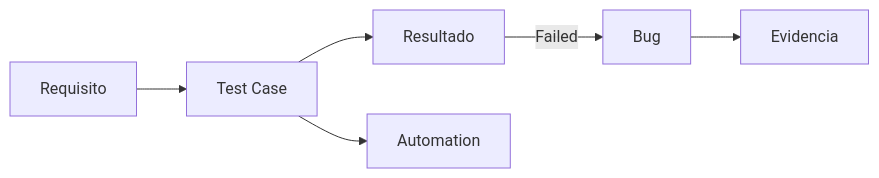
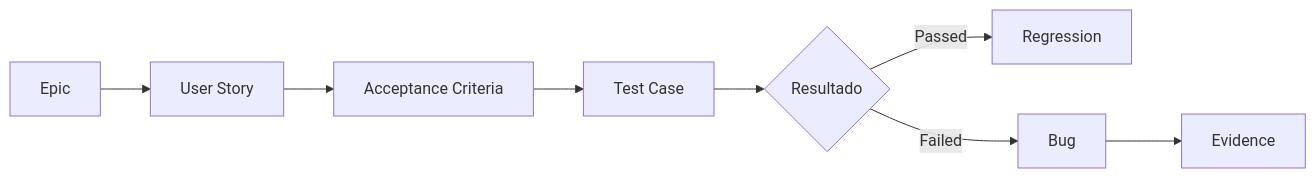
Before and after one commit to MichaelR21z/shady-meadows-bnb-automation: the fourth of 4 diagrams in README.md, drawn with Mermaid. The commit also changed other lines of this file and 1 other file, not shown here.

Commit message:
docs: restore test strategy and update project README

````diff
--- a/README.md
+++ b/README.md
@@ -452,8 +324,10 @@
 ```mermaid
 flowchart LR
-    A[Requisito] --> B[Test Case]
-    B --> C[Resultado]
-    C -->|Failed| D[Bug]
-    D --> E[Evidencia]
-    B --> F[Automation]
+    A[Epic] --> B[User Story]
+    B --> C[Acceptance Criteria]
+    C --> D[Test Case]
+    D --> E{Resultado}
+    E -->|Passed| F[Regression]
+    E -->|Failed| G[Bug]
+    G --> H[Evidence]
 ```
````
